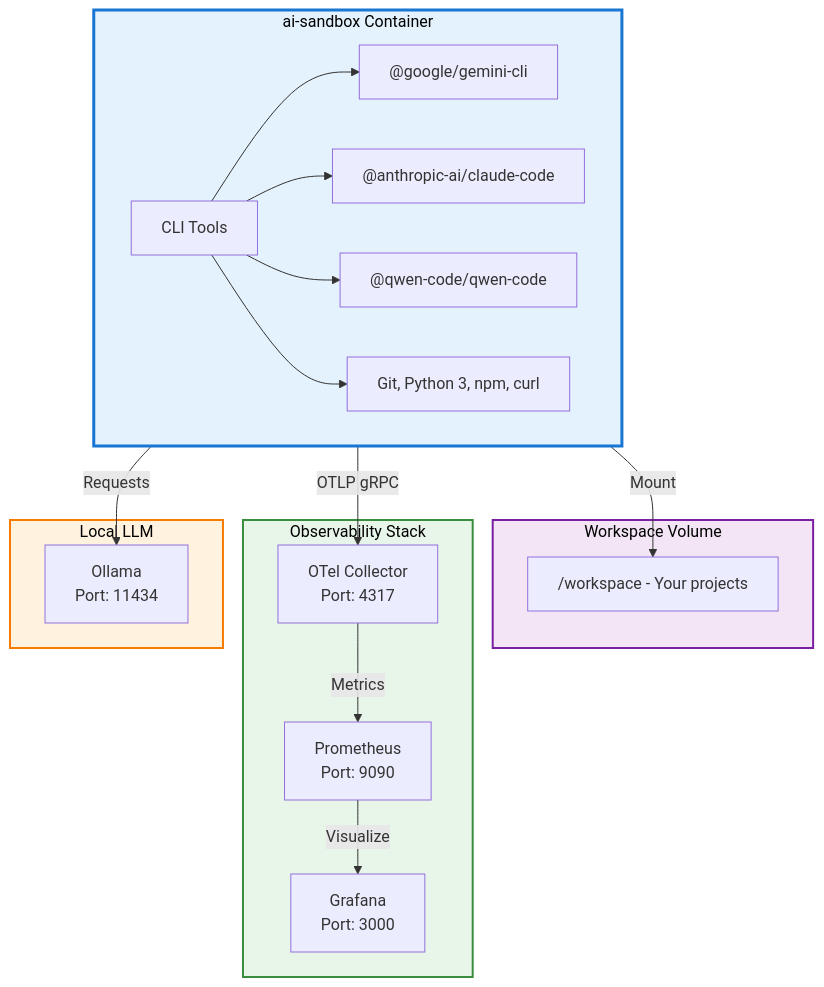
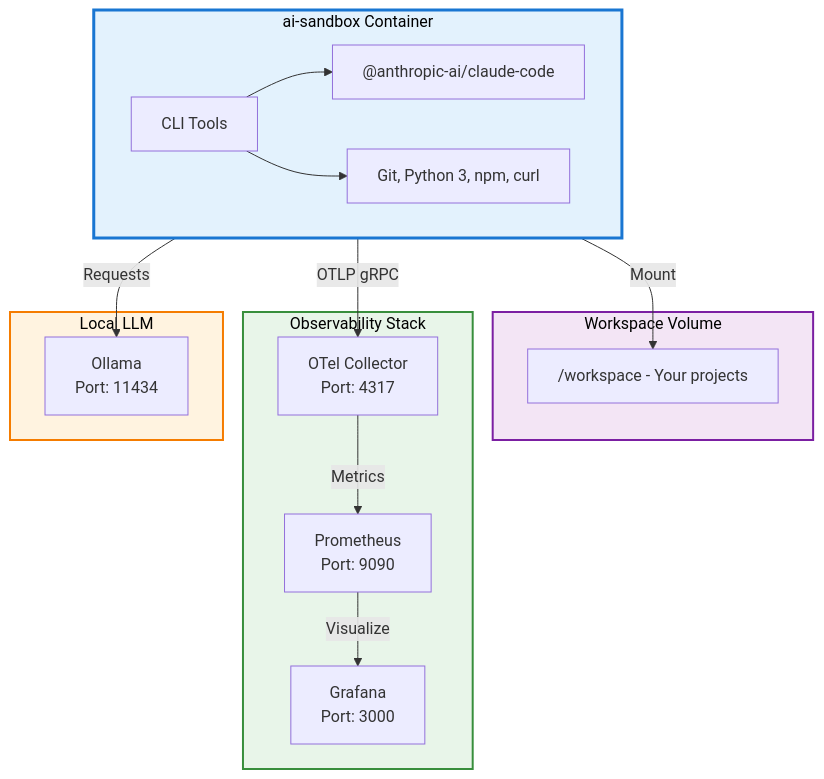
Before and after one commit to fisheatfish/ai-sandbox: the diagram in DEVELOPER_GUIDE.md, drawn with Mermaid. The commit also changed other lines of this file and 12 other files, not shown here.

````diff
--- a/DEVELOPER_GUIDE.md
+++ b/DEVELOPER_GUIDE.md
@@ -217,42 +159,38 @@
 ```mermaid
 graph TB
     subgraph ai_sandbox["ai-sandbox Container"]
         direction LR
         cli["CLI Tools"]
-        gemini["@google/gemini-cli"]
         claude["@anthropic-ai/claude-code"]
-        qwen["@qwen-code/qwen-code"]
         utils["Git, Python 3, npm, curl"]
 
-        cli --> gemini
         cli --> claude
-        cli --> qwen
         cli --> utils
     end
 
     subgraph workspace["Workspace Volume"]
         ws["/workspace - Your projects"]
     end
 
     subgraph observability["Observability Stack"]
         otlp["OTel Collector<br/>Port: 4317"]
         prom["Prometheus<br/>Port: 9090"]
         grafana["Grafana<br/>Port: 3000"]
 
         otlp -->|Metrics| prom
         prom -->|Visualize| grafana
     end
 
     subgraph llm["Local LLM"]
         ollama["Ollama<br/>Port: 11434"]
     end
 
     ai_sandbox -->|OTLP gRPC| otlp
     ai_sandbox -->|Mount| ws
     ai_sandbox -->|Requests| ollama
 
     style ai_sandbox fill:#e3f2fd,stroke:#1976d2,stroke-width:3px,color:#000
     style workspace fill:#f3e5f5,stroke:#7b1fa2,stroke-width:2px,color:#000
     style observability fill:#e8f5e9,stroke:#388e3c,stroke-width:2px,color:#000
     style llm fill:#fff3e0,stroke:#f57c00,stroke-width:2px,color:#000
 ```
````
